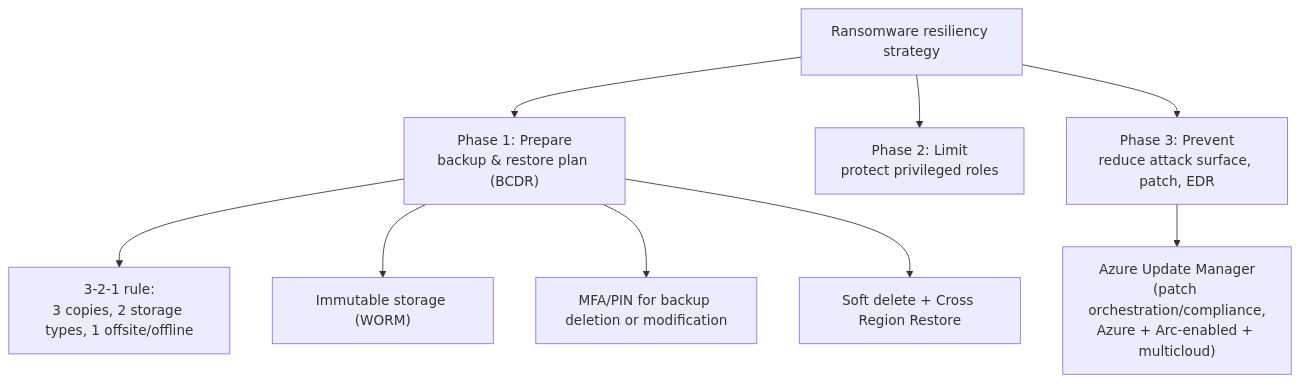
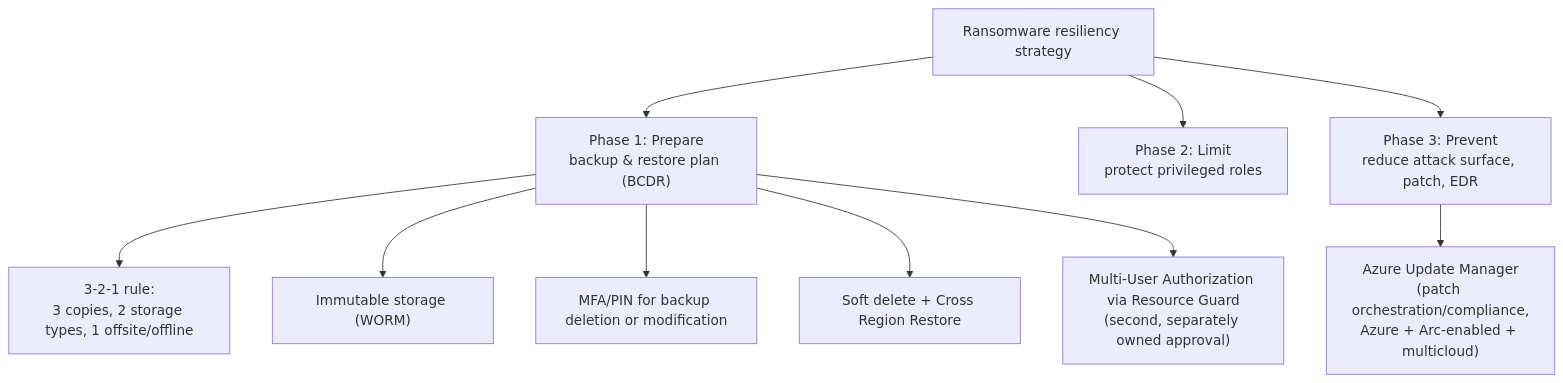
The first of 2 diagrams in 01 Security Strategy/Ransomware Resiliency and BCDR.md (DhruvKai/SC-100), drawn with Mermaid before and after one commit. The commit also changed other lines of this file and 25 other files, not shown here.

First line of the commit message:
Add M365 licensing, Resource Guard, DART, RaMP, SOAR automation, AD DS, Secure Score notes

````diff
--- a/01 Security Strategy/Ransomware Resiliency and BCDR.md
+++ b/01 Security Strategy/Ransomware Resiliency and BCDR.md
@@ -47,12 +47,13 @@
 ```mermaid
 flowchart TD
     R["Ransomware resiliency strategy"] --> P1["Phase 1: Prepare<br/>backup & restore plan (BCDR)"]
     R --> P2["Phase 2: Limit<br/>protect privileged roles"]
     R --> P3["Phase 3: Prevent<br/>reduce attack surface, patch, EDR"]
     P3 --> UM["Azure Update Manager<br/>(patch orchestration/compliance,<br/>Azure + Arc-enabled + multicloud)"]
 
     P1 --> B1["3-2-1 rule:<br/>3 copies, 2 storage types, 1 offsite/offline"]
     P1 --> B2["Immutable storage (WORM)"]
     P1 --> B3["MFA/PIN for backup deletion or modification"]
     P1 --> B4["Soft delete + Cross Region Restore"]
+    P1 --> B5["Multi-User Authorization via Resource Guard<br/>(second, separately owned approval)"]
 ```
````
